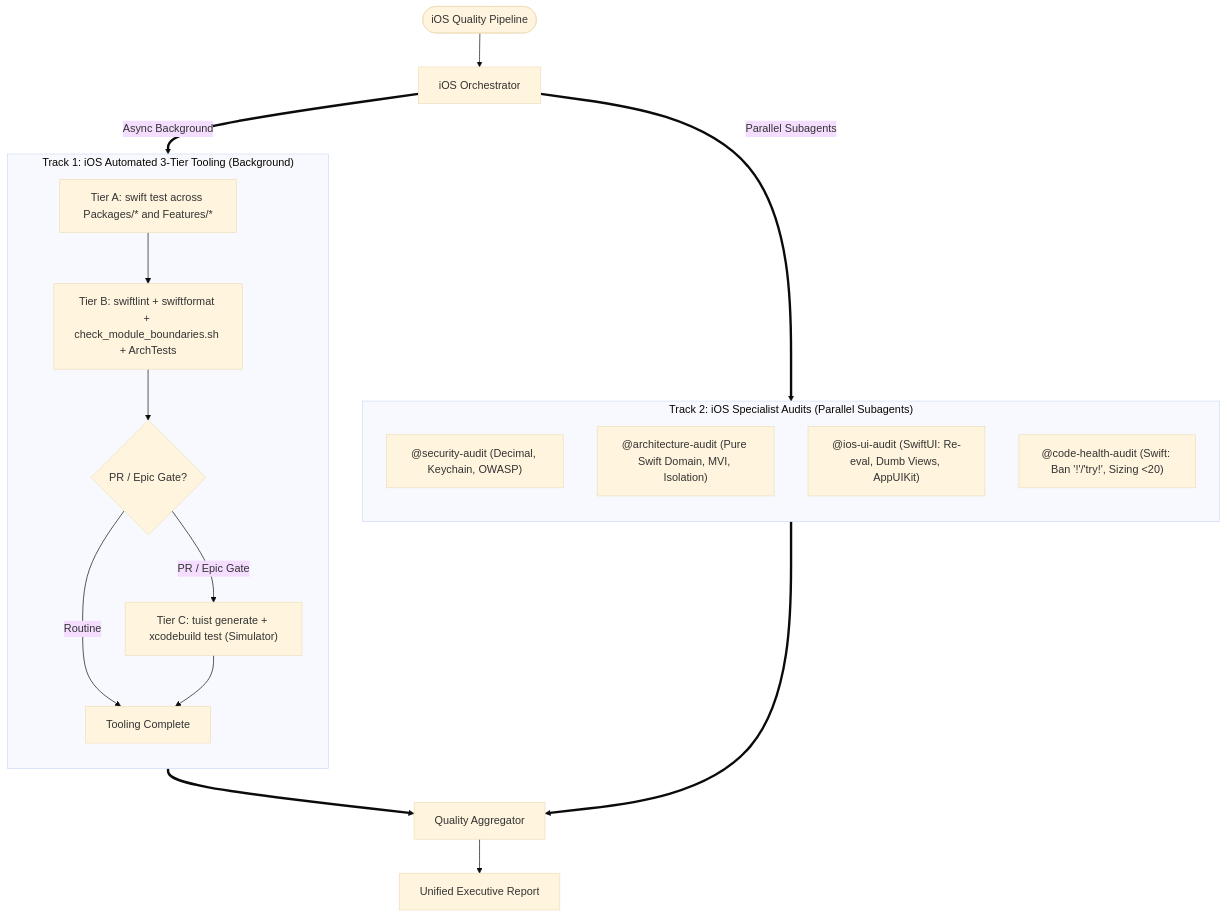
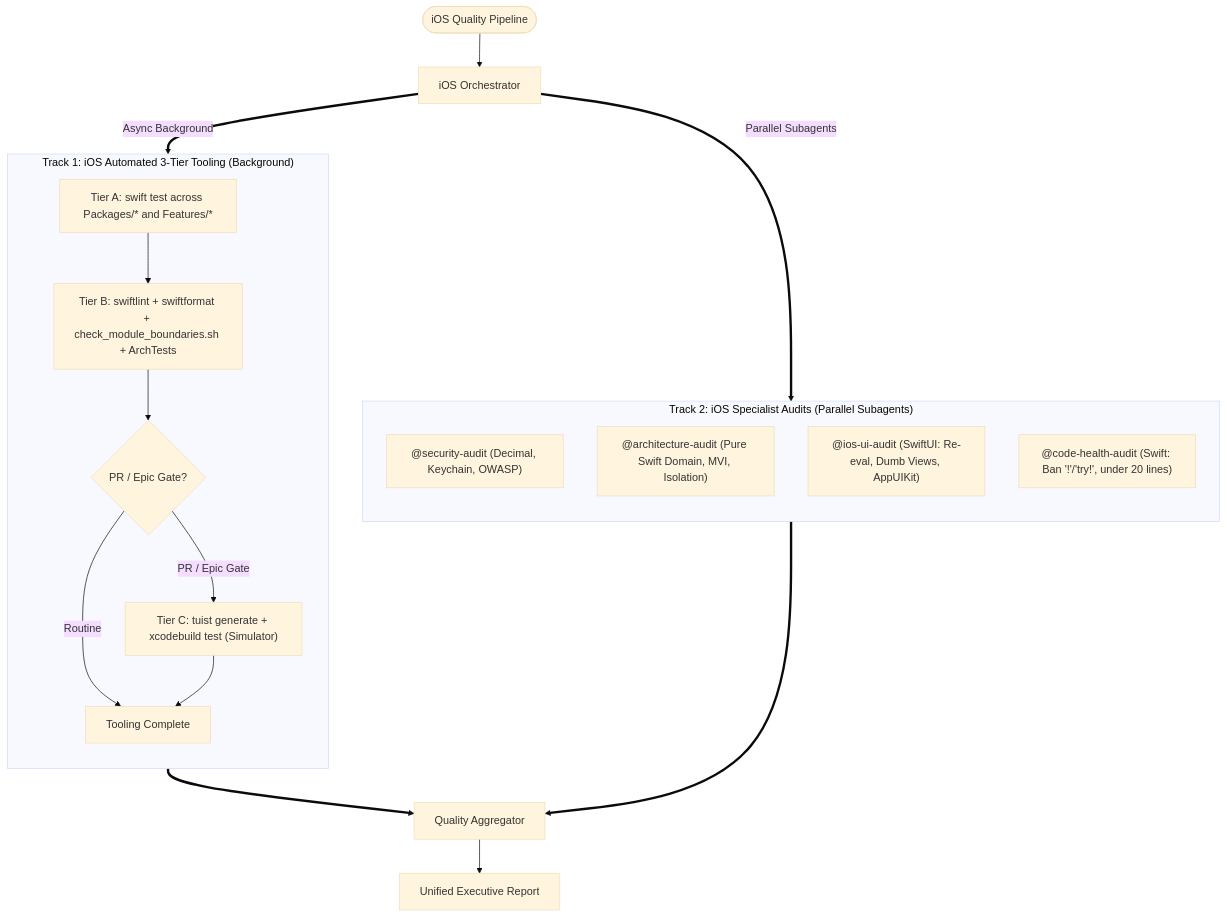
One commit to DanhDue/ai-agent-tools changed the fourth of 5 diagrams in skills/quality_check/SKILL.md. Above: the diagram before and after it, drawn with Mermaid (base theme). The commit also changed other lines of this file, not shown here.

First line of the commit message:
[QUALITY_CHECK] Fix Mermaid flowchart syntax errors and edge label formatting

````diff
--- a/skills/quality_check/SKILL.md
+++ b/skills/quality_check/SKILL.md
@@ -217,32 +223,34 @@
 ```mermaid
 flowchart TD
     I_START(["iOS Quality Pipeline"]) --> I_DISPATCH["iOS Orchestrator"]
 
     subgraph I_T1["Track 1: iOS Automated 3-Tier Tooling (Background)"]
         direction TB
         I1["Tier A: swift test across Packages/* and Features/*"]
         I2["Tier B: swiftlint + swiftformat + check_module_boundaries.sh + ArchTests"]
         I3{"PR / Epic Gate?"}
         I4["Tier C: tuist generate + xcodebuild test (Simulator)"]
         I_DONE["Tooling Complete"]
 
-        I1 --> I2 --> I3
+        I1 --> I2
+        I2 --> I3
         I3 -->|Routine| I_DONE
-        I3 -->|PR / Epic Gate| I4 --> I_DONE
+        I3 -->|"PR / Epic Gate"| I4
+        I4 --> I_DONE
     end
 
     subgraph I_T2["Track 2: iOS Specialist Audits (Parallel Subagents)"]
         direction TB
         IA1["@security-audit (Decimal, Keychain, OWASP)"]
         IA2["@architecture-audit (Pure Swift Domain, MVI, Isolation)"]
         IA3["@ios-ui-audit (SwiftUI: Re-eval, Dumb Views, AppUIKit)"]
-        IA4["@code-health-audit (Swift: Ban '!'/'try!', Sizing &lt;20)"]
+        IA4["@code-health-audit (Swift: Ban '!'/'try!', under 20 lines)"]
     end
 
     I_DISPATCH ==>|Async Background| I_T1
     I_DISPATCH ==>|Parallel Subagents| I_T2
 
     I_T1 ==> I_MERGE["Quality Aggregator"]
     I_T2 ==> I_MERGE
     I_MERGE --> I_REP["Unified Executive Report"]
 ```
````
